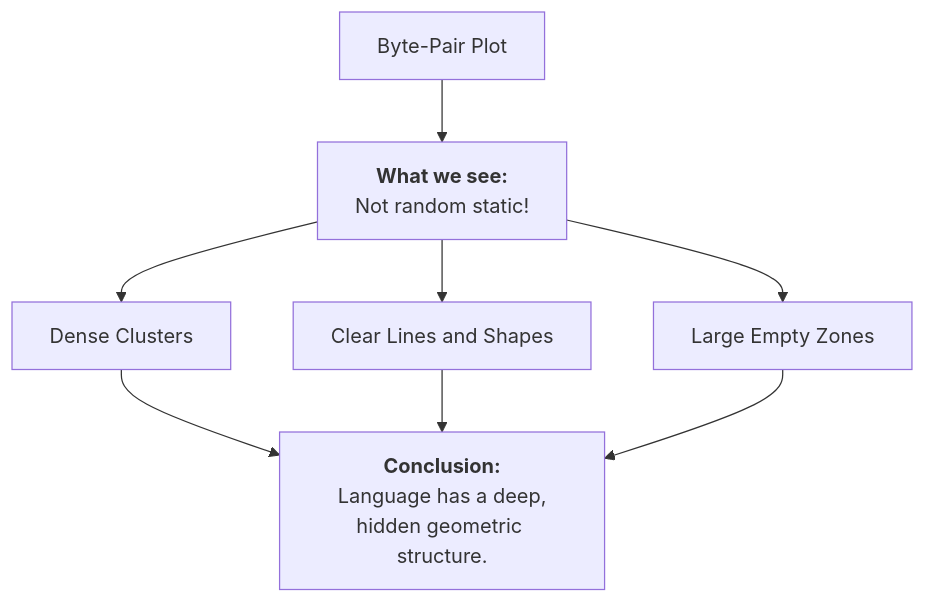
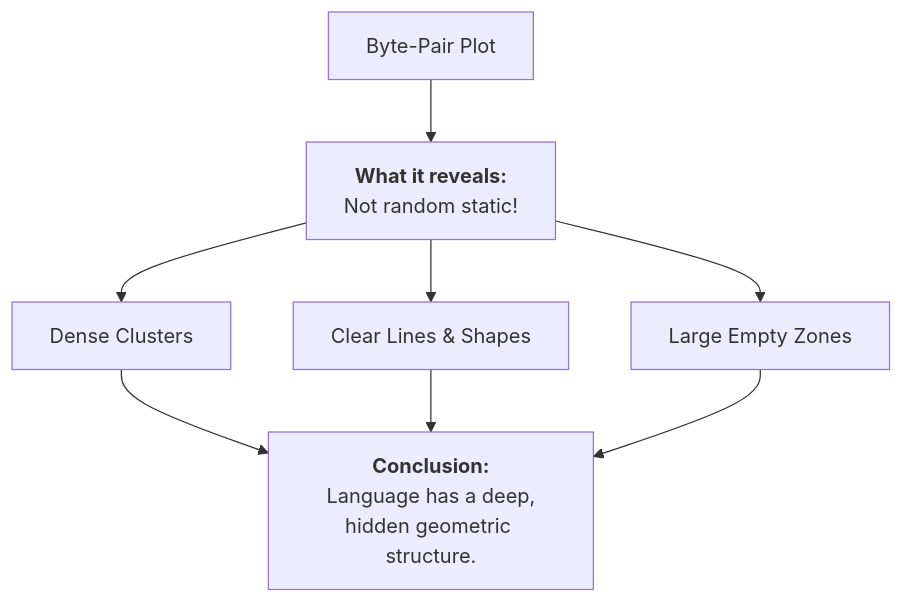
Before and after one commit to eltay89/eltay89.github.io: the second of 3 diagrams in _posts/2025-08-22-analyzing-bytes-for-llms.md, drawn with Mermaid. The commit also changed other lines of this file, not shown here.

````diff
--- a/_posts/2025-08-22-analyzing-bytes-for-llms.md
+++ b/_posts/2025-08-22-analyzing-bytes-for-llms.md
@@ -51,8 +55,8 @@
 ```mermaid
 graph TD
-    A["Byte-Pair Plot"] --> B["<b>What we see:</b><br>Not random static!"];
+    A["Byte-Pair Plot"] --> B["<b>What it reveals:</b><br>Not random static!"];
     B --> C["Dense Clusters"];
-    B --> D["Clear Lines and Shapes"];
+    B --> D["Clear Lines & Shapes"];
     B --> E["Large Empty Zones"];
     C & D & E --> F["<b>Conclusion:</b><br>Language has a deep,<br>hidden geometric structure."];
 ```
````
